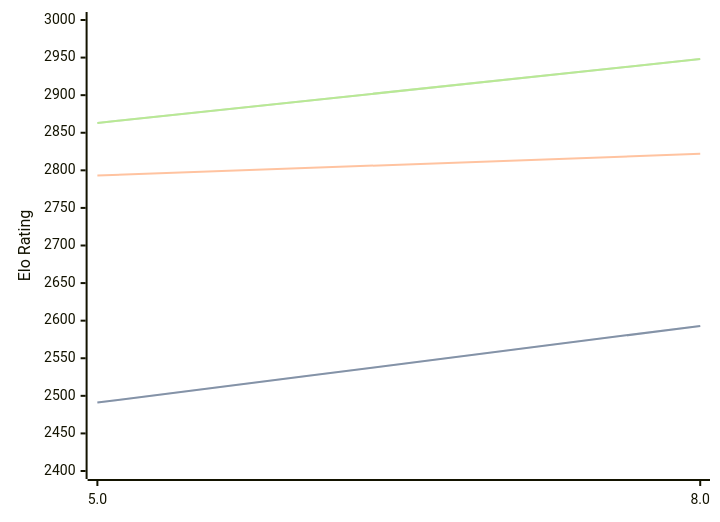
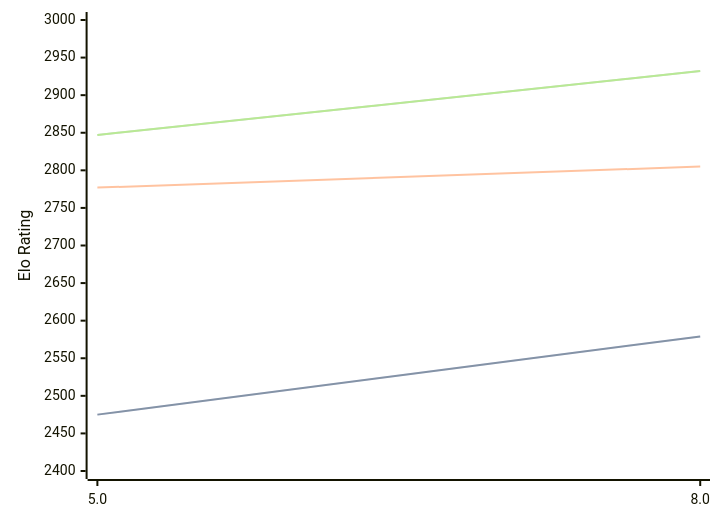
Before and after one commit to computer-chess-index/cci: the diagram in engines/4kc.md, drawn with Mermaid. The commit also changed other lines of this file, not shown here.

Commit message:
Update CCI Ratings (ELO VLTC) - 2026-05-20

````diff
--- a/engines/4kc.md
+++ b/engines/4kc.md
@@ -41,11 +41,11 @@
 ```mermaid
 %%{init: {"theme":"base","themeVariables":{"seriesColors:['#a3a3a3','#222221','#faa371']}}}%%
 xychart-beta
   x-axis ["5.0", "8.0"]
   y-axis "Elo Rating" 2400 --> 3000
-  line "STC (8.0+0.08s)" [2491, 2593]
-  line "STC (8.0+0.08s)" [2491, 2593]
-  line "LTC (60.0+0.60s)" [2793, 2822]
-  line "VLTC (2m24s+1.12s)" [2863, 2948]
-  line "VLTC (2m24s+1.12s)" [2863, 2948]
+  line "STC (8.0+0.08s)" [2475, 2579]
+  line "STC (8.0+0.08s)" [2475, 2579]
+  line "LTC (60.0+0.60s)" [2777, 2805]
+  line "VLTC (2m24s+1.12s)" [2847, 2932]
+  line "VLTC (2m24s+1.12s)" [2847, 2932]
 ```
````
